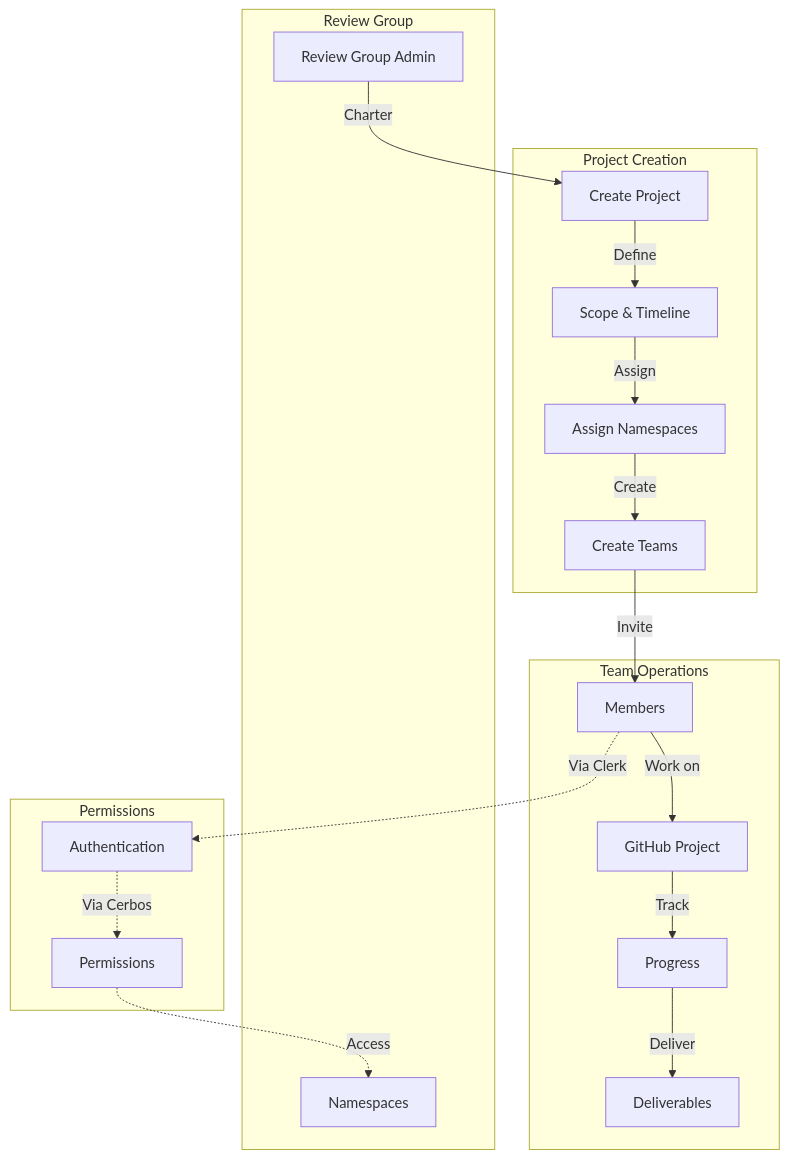
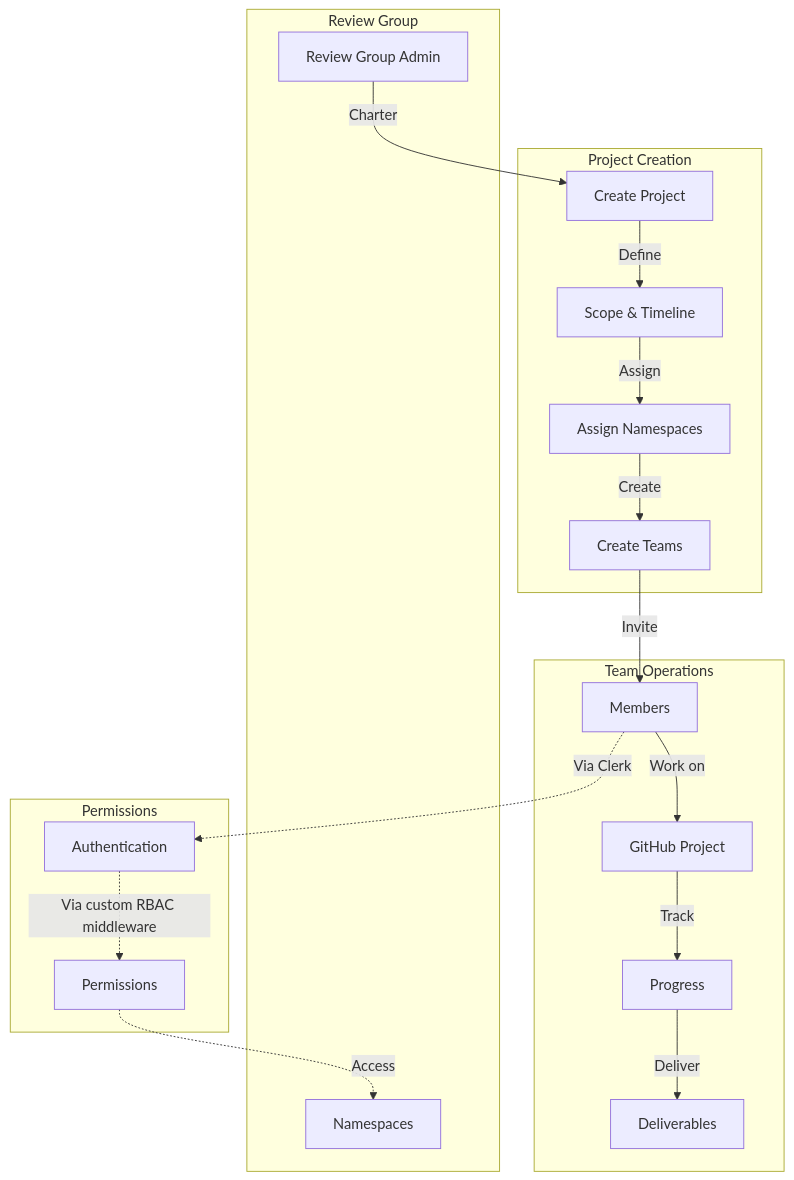
One commit to iflastandards/platform changed the third of 3 diagrams in system-design-docs/16-projects-teams-review-groups-architecture.md. Above: the diagram before and after it, drawn with Mermaid. The commit also changed other lines of this file and 46 other files, not shown here.

````diff
--- a/system-design-docs/16-projects-teams-review-groups-architecture.md
+++ b/system-design-docs/16-projects-teams-review-groups-architecture.md
@@ -246,27 +246,27 @@
 ```mermaid
 graph TB
     subgraph "Review Group"
         RG[Review Group Admin]
         NS[Namespaces]
     end
     
     subgraph "Project Creation"
         RG -->|Charter| P[Create Project]
         P -->|Define| S[Scope & Timeline]
         S -->|Assign| AN[Assign Namespaces]
         AN -->|Create| T[Create Teams]
     end
     
     subgraph "Team Operations"
         T -->|Invite| M[Members]
         M -->|Work on| GH[GitHub Project]
         GH -->|Track| PR[Progress]
         PR -->|Deliver| D[Deliverables]
     end
     
     subgraph "Permissions"
         M -.->|Via Clerk| AUTH[Authentication]
-        AUTH -.->|Via Cerbos| PERM[Permissions]
+        AUTH -.->|Via custom RBAC middleware| PERM[Permissions]
         PERM -.->|Access| NS
     end
 ```
````
